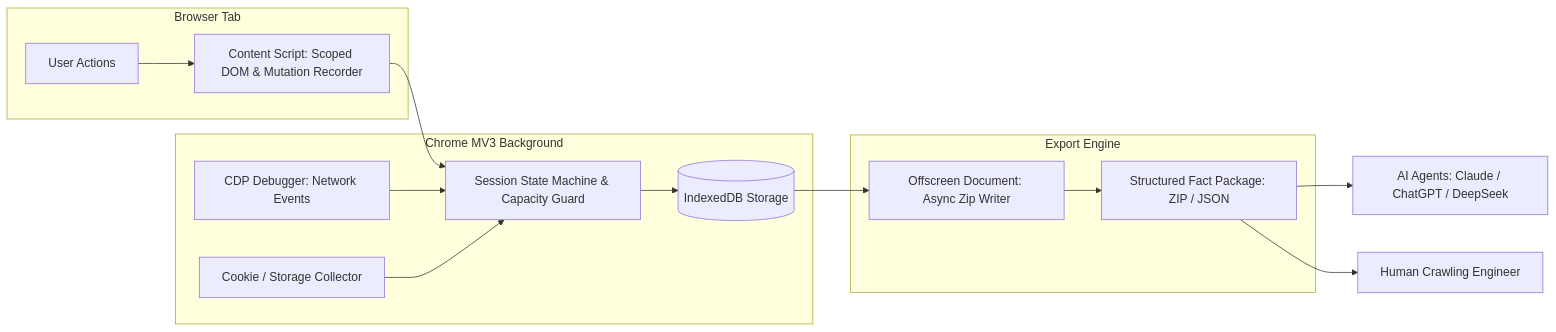
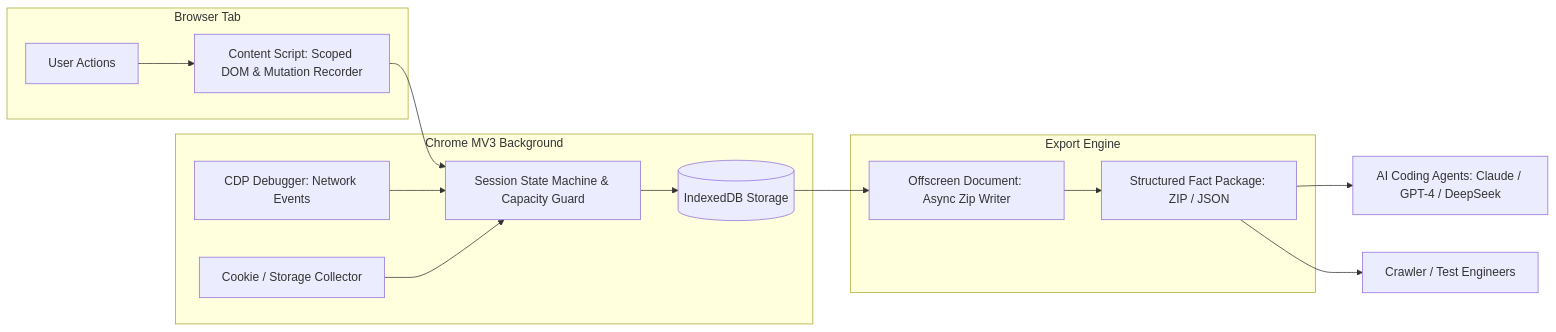
The diagram in README.md (AiYeyeye/ai-crawler-helper-plugin), drawn with Mermaid before and after one commit. The commit also changed other lines of this file and 1 other file, not shown here.

````diff
--- a/README.md
+++ b/README.md
@@ -64,24 +64,24 @@
 ```mermaid
 flowchart LR
     subgraph Browser Tab
         User[User Actions] --> ContentScript[Content Script: Scoped DOM & Mutation Recorder]
     end
 
     subgraph Chrome MV3 Background
         Debugger[CDP Debugger: Network Events]
         Cookies[Cookie / Storage Collector]
         SM[Session State Machine & Capacity Guard]
         ContentScript --> SM
         Debugger --> SM
         Cookies --> SM
         SM --> DB[(IndexedDB Storage)]
     end
 
     subgraph Export Engine
         DB --> Offscreen[Offscreen Document: Async Zip Writer]
         Offscreen --> FactPackage[Structured Fact Package: ZIP / JSON]
     end
 
-    FactPackage --> AI[AI Agents: Claude / ChatGPT / DeepSeek]
-    FactPackage --> Human[Human Crawling Engineer]
+    FactPackage --> AI[AI Coding Agents: Claude / GPT-4 / DeepSeek]
+    FactPackage --> Human[Crawler / Test Engineers]
 ```
````
